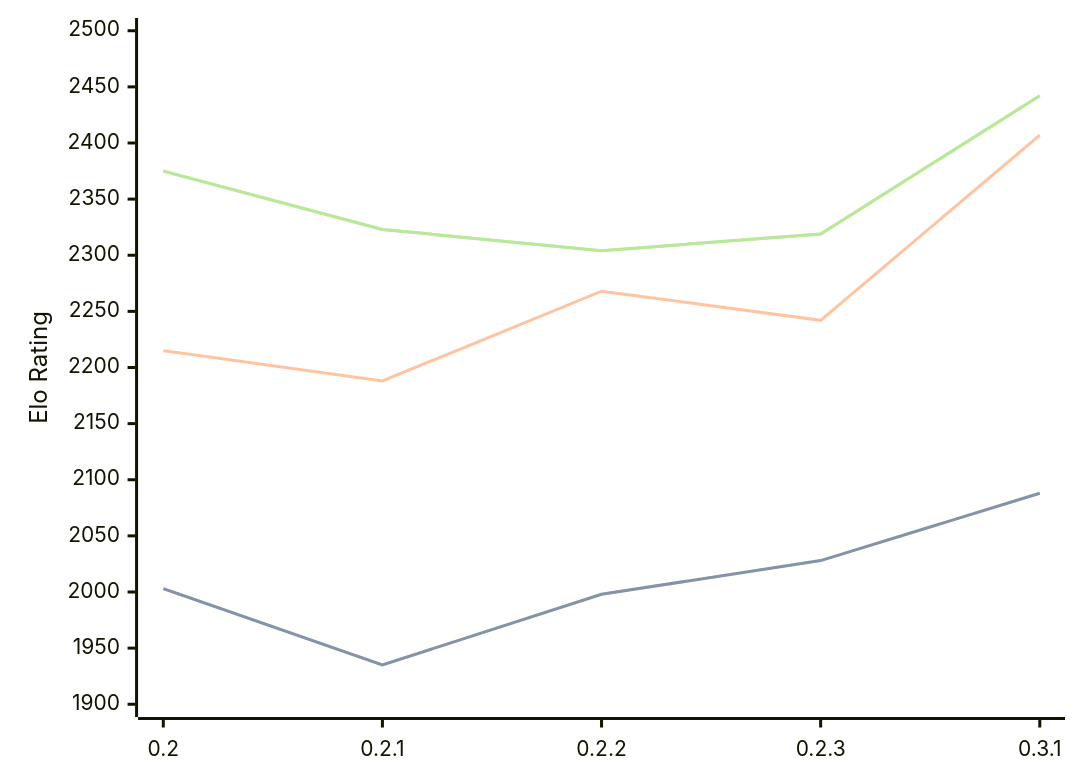
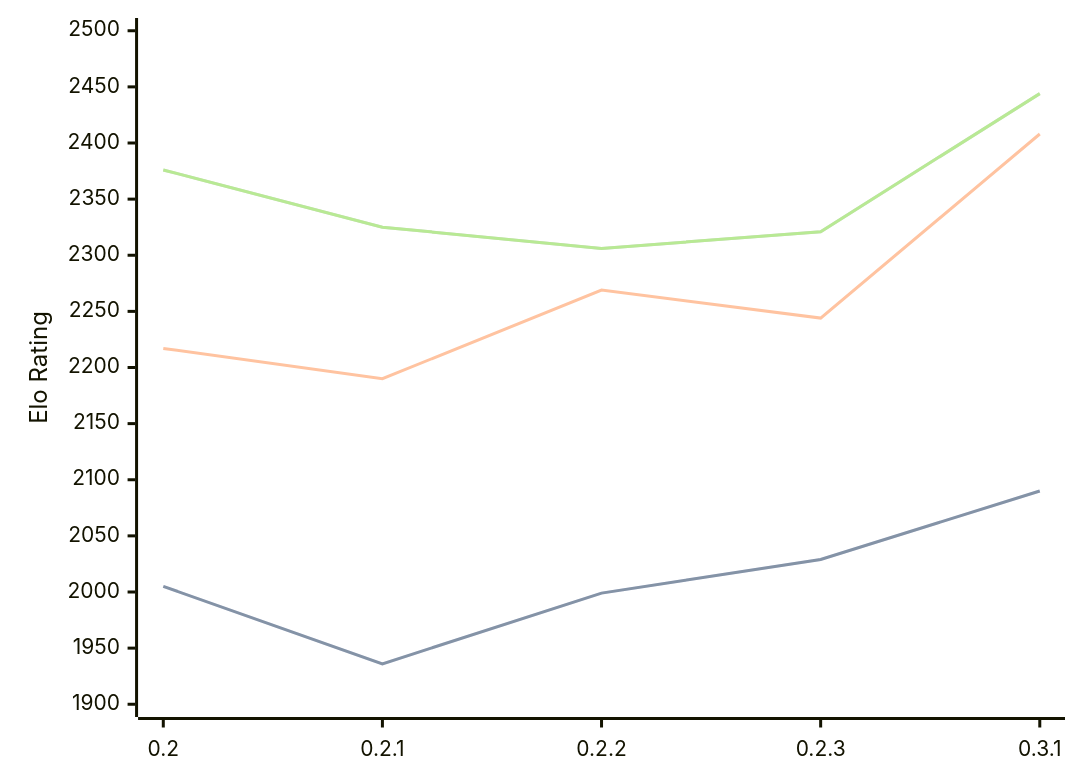
Before and after one commit to computer-chess-index/cci: the diagram in engines/Lolbot.md, drawn with Mermaid. The commit also changed other lines of this file, not shown here.

Commit message:
Update CCI Ratings (ELO VLTC) - 2026-10-09

````diff
--- a/engines/Lolbot.md
+++ b/engines/Lolbot.md
@@ -35,11 +35,11 @@
 ```mermaid
 %%{init: {"theme":"base","themeVariables":{"seriesColors:['#a3a3a3','#222221','#faa371']}}}%%
 xychart-beta
   x-axis ["0.2", "0.2.1", "0.2.2", "0.2.3", "0.3.1"]
   y-axis "Elo Rating" 1900 --> 2500
-  line "" [2003, 1935, 1998, 2028, 2088]
-  line "STC (8.0+0.08s)" [2003, 1935, 1998, 2028, 2088]
-  line "LTC (60.0+0.60s)" [2215, 2188, 2268, 2242, 2407]
-  line "" [2375, 2323, 2304, 2319, 2442]
-  line "VLTC (2m24s+1.12s)" [2375, 2323, 2304, 2319, 2442]
+  line "" [2005, 1936, 1999, 2029, 2090]
+  line "STC (8.0+0.08s)" [2005, 1936, 1999, 2029, 2090]
+  line "LTC (60.0+0.60s)" [2217, 2190, 2269, 2244, 2408]
+  line "" [2376, 2325, 2306, 2321, 2444]
+  line "VLTC (2m24s+1.12s)" [2376, 2325, 2306, 2321, 2444]
 ```
````
